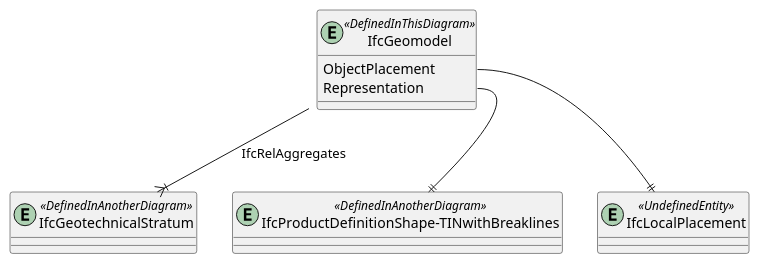
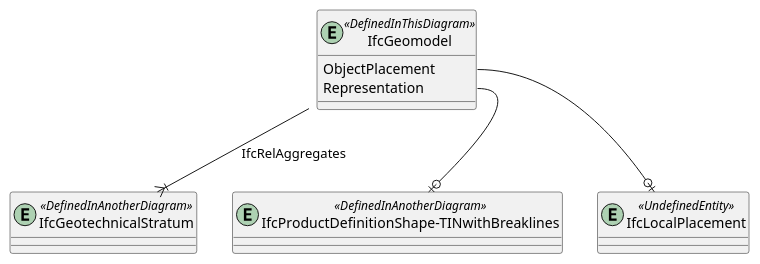
One commit to buildingSMART-Finland/RYTV-IFCRoute changed the diagram in diagrams/bsf-IfcGeomodel.pu. Above: the diagram before and after it, drawn with PlantUML.

```diff
--- a/diagrams/bsf-IfcGeomodel.pu
+++ b/diagrams/bsf-IfcGeomodel.pu
@@ -1,21 +1,21 @@
 @startuml 
 
 entity IfcGeomodel <<DefinedInThisDiagram>>
 {
   ObjectPlacement
   Representation
 }
 
 
 entity IfcLocalPlacement <<UndefinedEntity>>
-"IfcGeomodel::ObjectPlacement" --|| IfcLocalPlacement
+"IfcGeomodel::ObjectPlacement" --o| IfcLocalPlacement
 
 entity "IfcProductDefinitionShape-TINwithBreaklines" <<DefinedInAnotherDiagram>>
-"IfcGeomodel::Representation" --|| "IfcProductDefinitionShape-TINwithBreaklines"
+"IfcGeomodel::Representation" --o| "IfcProductDefinitionShape-TINwithBreaklines"
 
 entity IfcGeotechnicalStratum <<DefinedInAnotherDiagram>>
 
 IfcGeomodel --|{IfcGeotechnicalStratum : IfcRelAggregates
 
 
 @enduml
```
